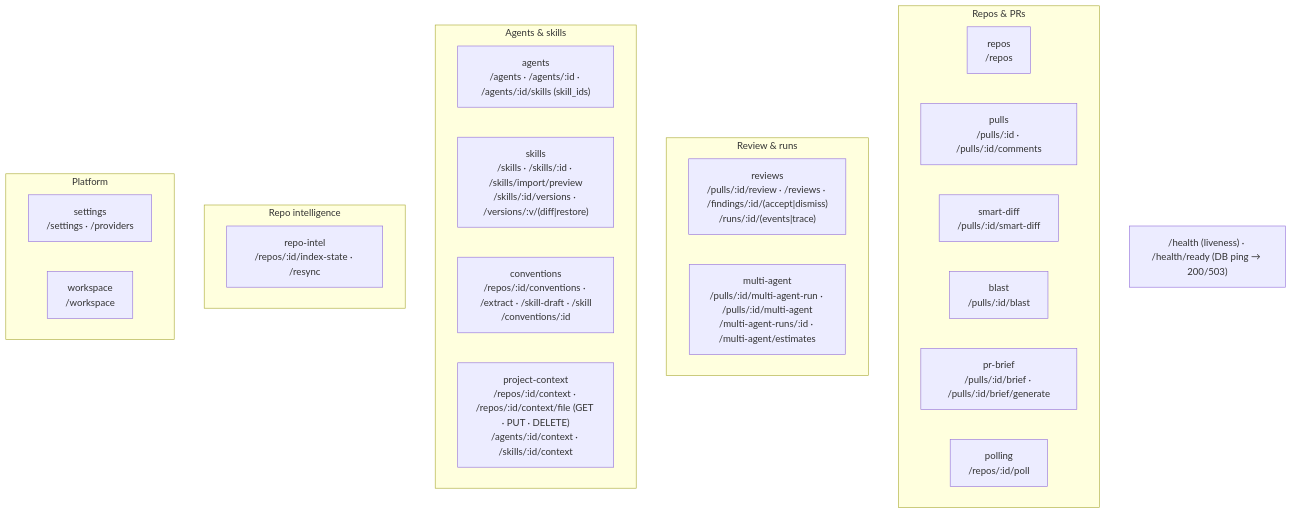
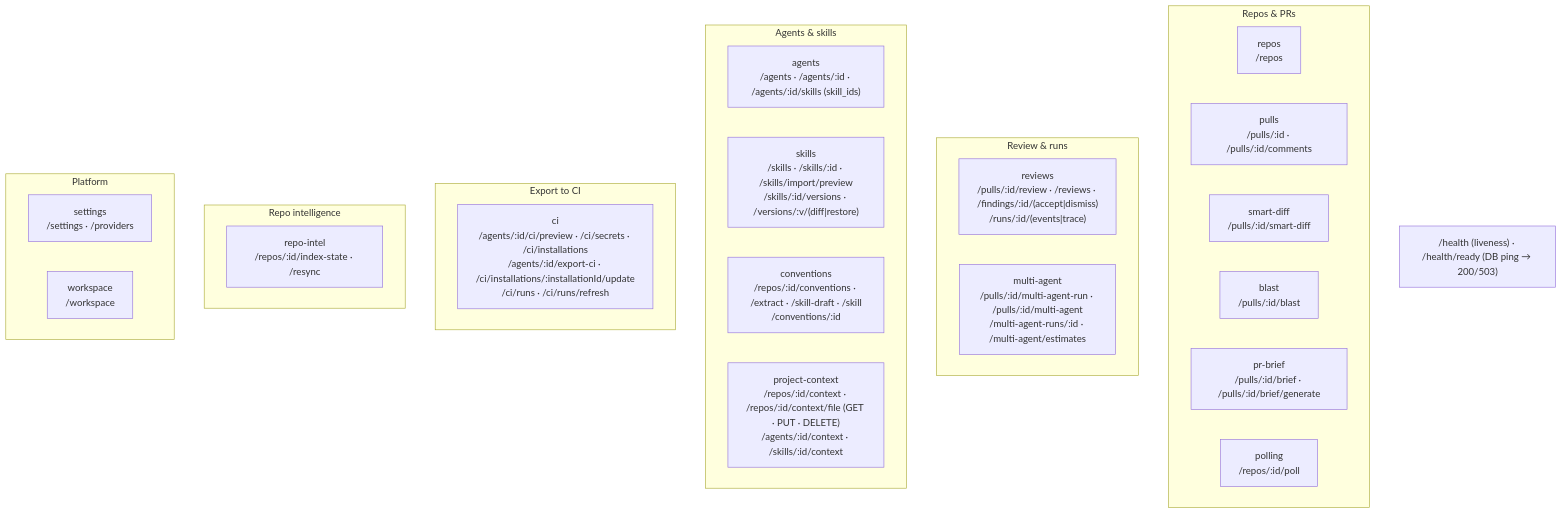
Before and after one commit to ira-horobets/dev-digest: the second of 2 diagrams in server/README.md, drawn with Mermaid. The commit also changed other lines of this file and 11 other files, not shown here.

````diff
--- a/server/README.md
+++ b/server/README.md
@@ -64,29 +64,32 @@
 ```mermaid
 flowchart TB
   subgraph Repos_PRs["Repos & PRs"]
     repos["repos<br/>/repos"]
     pulls["pulls<br/>/pulls/:id · /pulls/:id/comments"]
     smartDiff["smart-diff<br/>/pulls/:id/smart-diff"]
     blast["blast<br/>/pulls/:id/blast"]
     prBrief["pr-brief<br/>/pulls/:id/brief · /pulls/:id/brief/generate"]
     polling["polling<br/>/repos/:id/poll"]
   end
   subgraph Review["Review & runs"]
     reviews["reviews<br/>/pulls/:id/review · /reviews · /findings/:id/(accept|dismiss)<br/>/runs/:id/(events|trace)"]
     multiAgent["multi-agent<br/>/pulls/:id/multi-agent-run · /pulls/:id/multi-agent<br/>/multi-agent-runs/:id · /multi-agent/estimates"]
   end
   subgraph Agents["Agents & skills"]
     agents["agents<br/>/agents · /agents/:id · /agents/:id/skills (skill_ids)"]
     skills["skills<br/>/skills · /skills/:id · /skills/import/preview<br/>/skills/:id/versions · /versions/:v/(diff|restore)"]
     conventions["conventions<br/>/repos/:id/conventions · /extract · /skill-draft · /skill<br/>/conventions/:id"]
     projectContext["project-context<br/>/repos/:id/context · /repos/:id/context/file (GET · PUT · DELETE)<br/>/agents/:id/context · /skills/:id/context"]
   end
+  subgraph CI["Export to CI"]
+    ci["ci<br/>/agents/:id/ci/preview · /ci/secrets · /ci/installations<br/>/agents/:id/export-ci · /ci/installations/:installationId/update<br/>/ci/runs · /ci/runs/refresh"]
+  end
   subgraph Intel["Repo intelligence"]
     repoIntel["repo-intel<br/>/repos/:id/index-state · /resync"]
   end
   subgraph Platform["Platform"]
     settings["settings<br/>/settings · /providers"]
     workspace["workspace<br/>/workspace"]
   end
   HEALTH["/health (liveness) · /health/ready (DB ping → 200/503)"]
 ```
````
